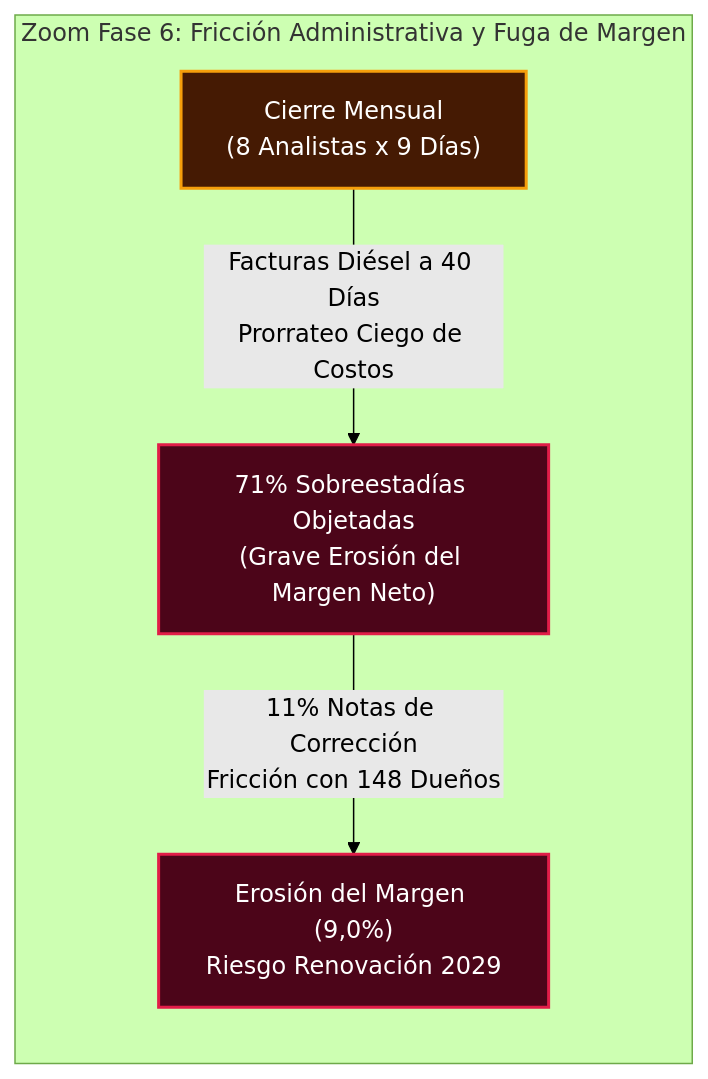
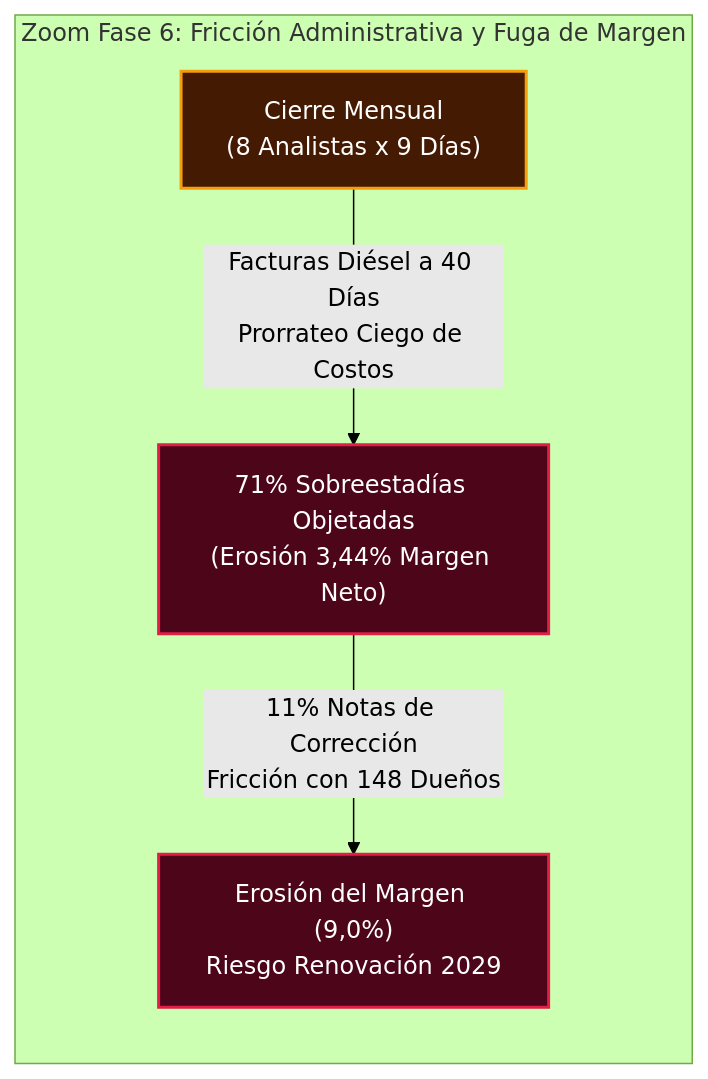
One commit to mvergaral/audIT changed the seventh of 9 diagrams in Informe-2/d1/subdocumento_02_problema_adaptado.md. Above: the diagram before and after it, drawn with Mermaid (forest theme). The commit also changed other lines of this file and 113 other files, not shown here.

````diff
--- a/Informe-2/d1/subdocumento_02_problema_adaptado.md
+++ b/Informe-2/d1/subdocumento_02_problema_adaptado.md
@@ -227,11 +227,11 @@
 ```mermaid
 flowchart LR
     subgraph ZoomFase6 ["Zoom Fase 6: Fricción Administrativa y Fuga de Margen"]
-        Cierre["Cierre Mensual\n(8 Analistas x 9 Días)"] -->|"Facturas Diésel a 40 Días\nProrrateo Ciego de Costos"| Objecion["71% Sobreestadías Objetadas\n(Grave Erosión del Margen Neto)"]
+        Cierre["Cierre Mensual\n(8 Analistas x 9 Días)"] -->|"Facturas Diésel a 40 Días\nProrrateo Ciego de Costos"| Objecion["71% Sobreestadías Objetadas\n(Erosión 3,44% Margen Neto)"]
         Objecion -->|"11% Notas de Corrección\nFricción con 148 Dueños"| Erosion["Erosión del Margen (9,0%)\nRiesgo Renovación 2029"]
     end
     classDef danger fill:#4c0519,stroke:#e11d48,stroke-width:2px,color:#fff;
     classDef alert fill:#451a03,stroke:#f59e0b,stroke-width:2px,color:#fff;
     class Cierre alert;
     class Objecion,Erosion danger;
 ```
````
